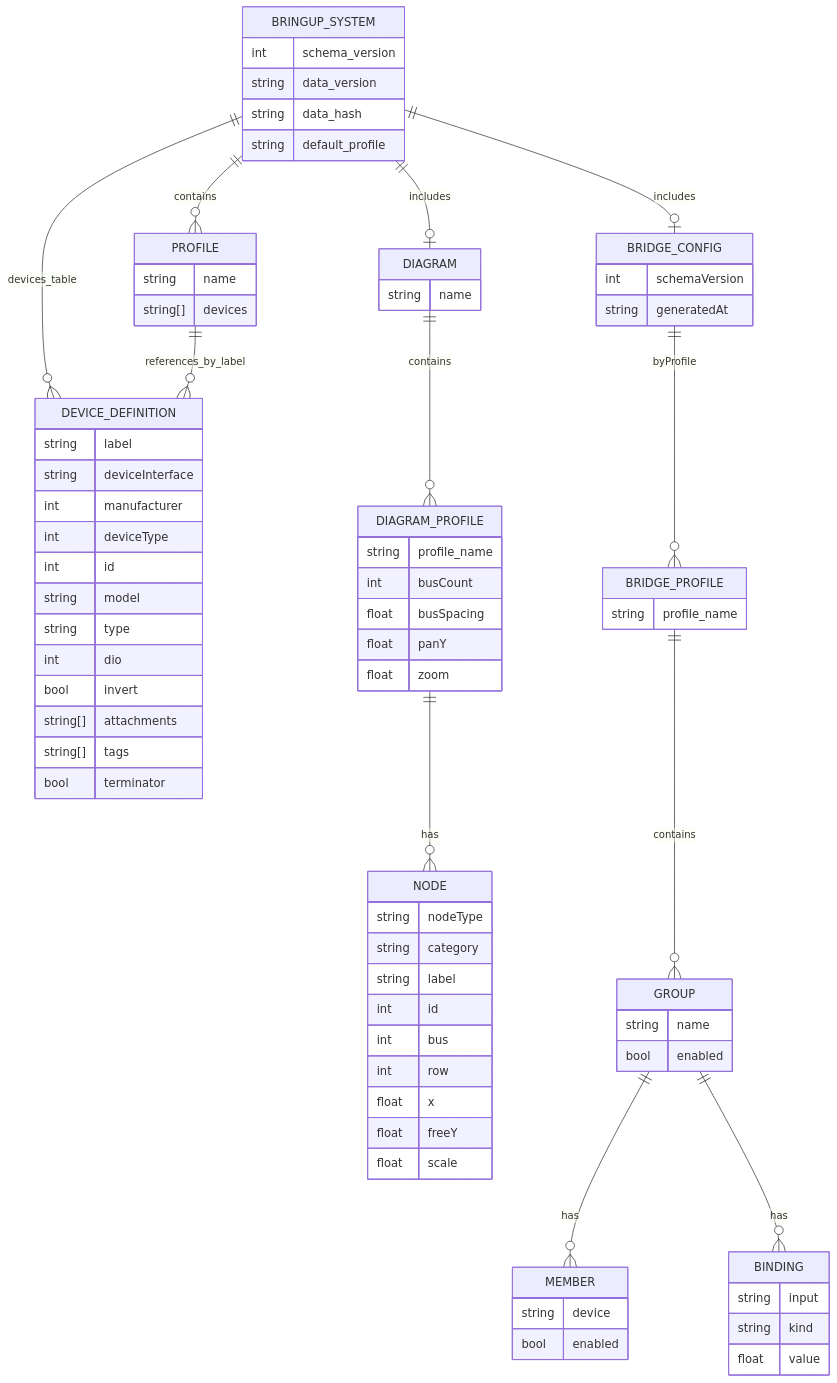
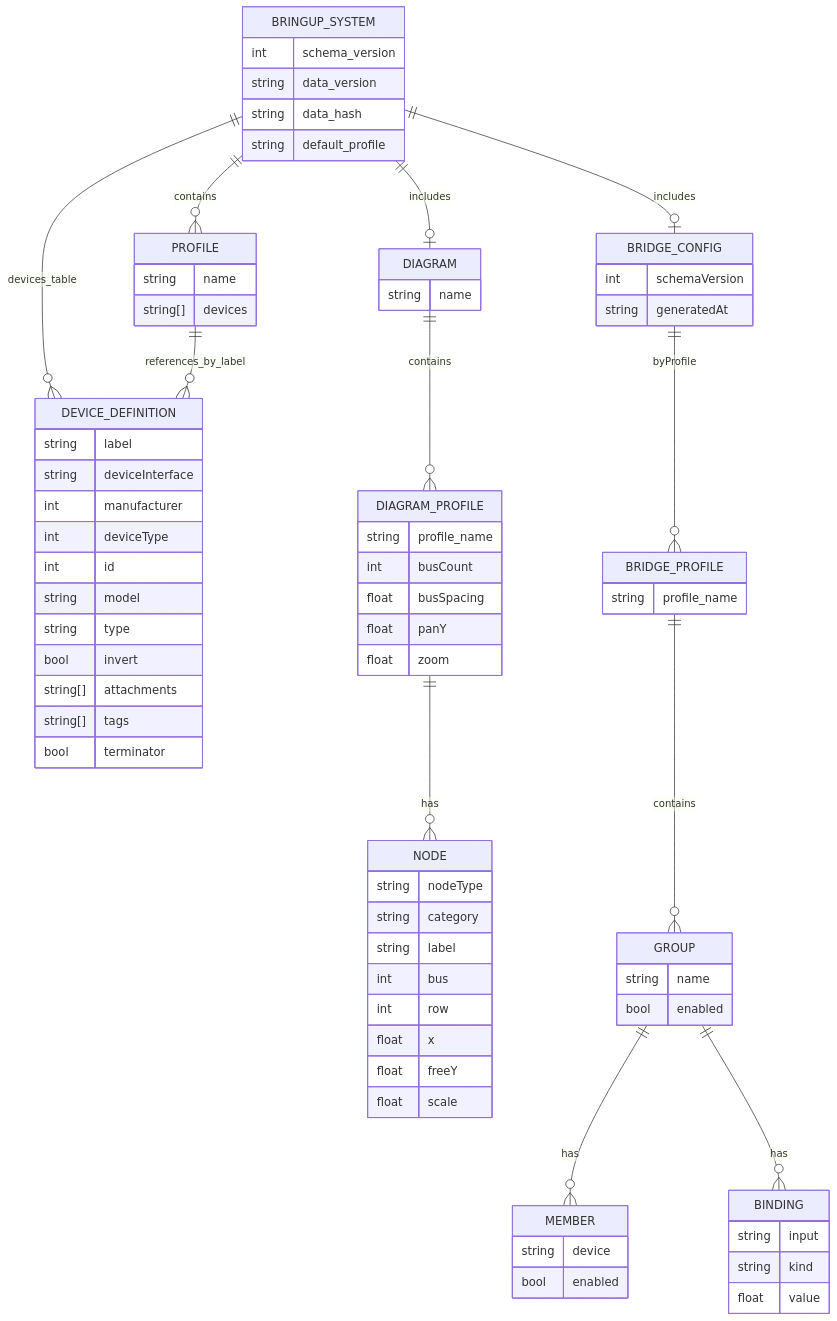
The diagram in docs/bringup_profiles_schema_erd.md (dmonachello/swerveBringupMotorTest1), drawn with Mermaid before and after one commit. The commit also changed other lines of this file and 11 other files, not shown here.

Commit message:
Restore topology graph config and fix registry profile apply

```diff
--- a/docs/bringup_profiles_schema_erd.md
+++ b/docs/bringup_profiles_schema_erd.md
@@ -36,7 +36,6 @@
         int id
         string model
         string type
-        int dio
         bool invert
         string[] attachments
         string[] tags
@@ -59,7 +58,6 @@
         string nodeType
         string category
         string label
-        int id
         int bus
         int row
         float x
```
